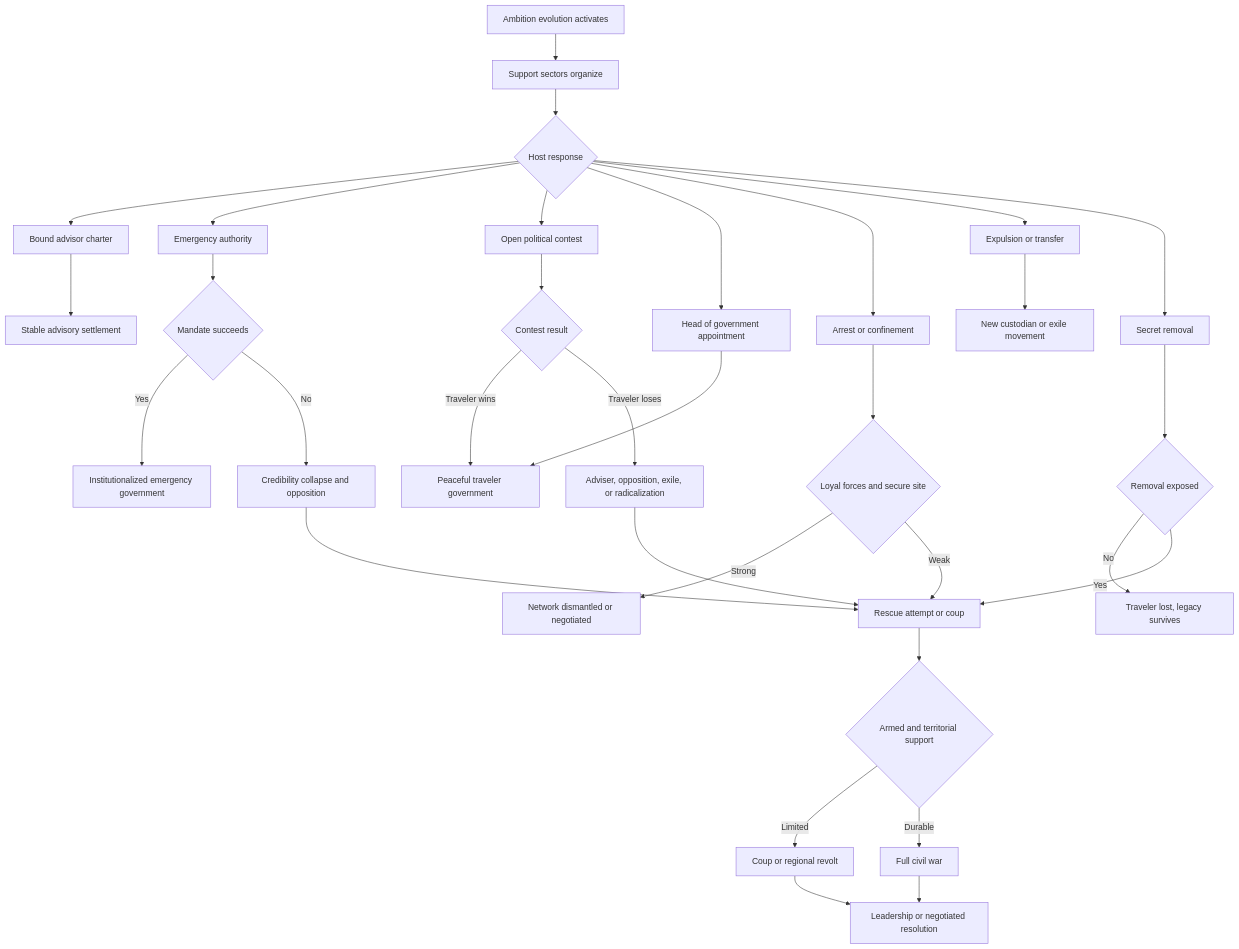
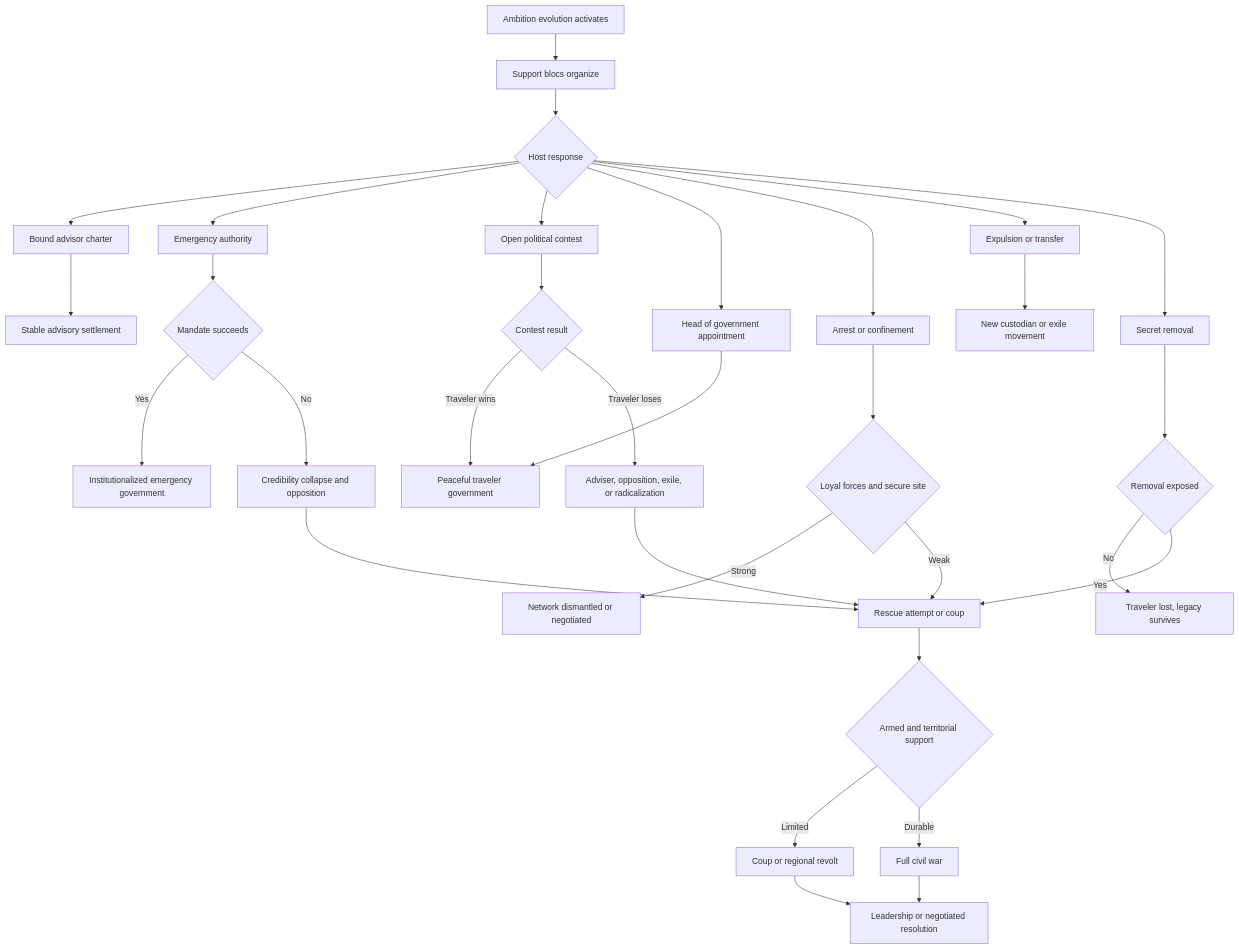
One commit to klimPaskov/Chaos-Redux changed the diagram in docs/specs/030_time_traveler_specs/focus_graphs/traveler_ambition_flow.mmd. Above: the diagram before and after it, drawn with Mermaid. The commit also changed 46 other files, not shown here.

```diff
--- a/docs/specs/030_time_traveler_specs/focus_graphs/traveler_ambition_flow.mmd
+++ b/docs/specs/030_time_traveler_specs/focus_graphs/traveler_ambition_flow.mmd
@@ -1,32 +1,32 @@
 flowchart TD
-    A[Ambition evolution activates] --> B[Support sectors organize]
+    A[Ambition evolution activates] --> B[Support blocs organize]
     B --> C{Host response}
     C --> D[Bound advisor charter]
     C --> E[Emergency authority]
     C --> F[Open political contest]
     C --> G[Head of government appointment]
     C --> H[Arrest or confinement]
     C --> I[Expulsion or transfer]
     C --> J[Secret removal]
     D --> K[Stable advisory settlement]
     E --> L{Mandate succeeds}
     L -->|Yes| M[Institutionalized emergency government]
     L -->|No| N[Credibility collapse and opposition]
     F --> O{Contest result}
     O -->|Traveler wins| P[Peaceful traveler government]
     O -->|Traveler loses| Q[Adviser, opposition, exile, or radicalization]
     G --> P
     H --> R{Loyal forces and secure site}
     R -->|Strong| S[Network dismantled or negotiated]
     R -->|Weak| T[Rescue attempt or coup]
     I --> U[New custodian or exile movement]
     J --> V{Removal exposed}
     V -->|No| W[Traveler lost, legacy survives]
     V -->|Yes| T
     N --> T
     Q --> T
     T --> X{Armed and territorial support}
     X -->|Limited| Y[Coup or regional revolt]
     X -->|Durable| Z[Full civil war]
     Y --> AA[Leadership or negotiated resolution]
     Z --> AA
```
